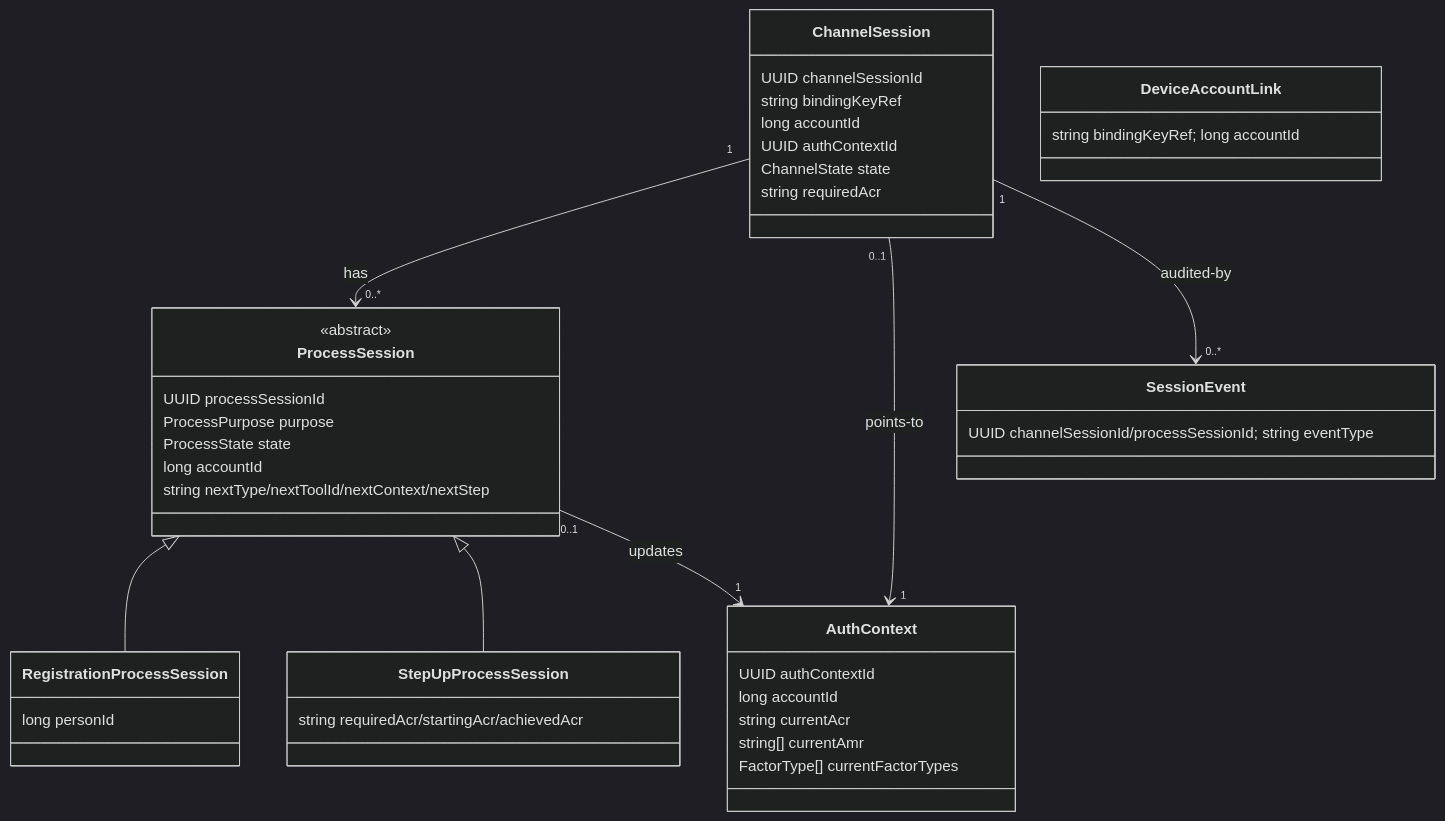
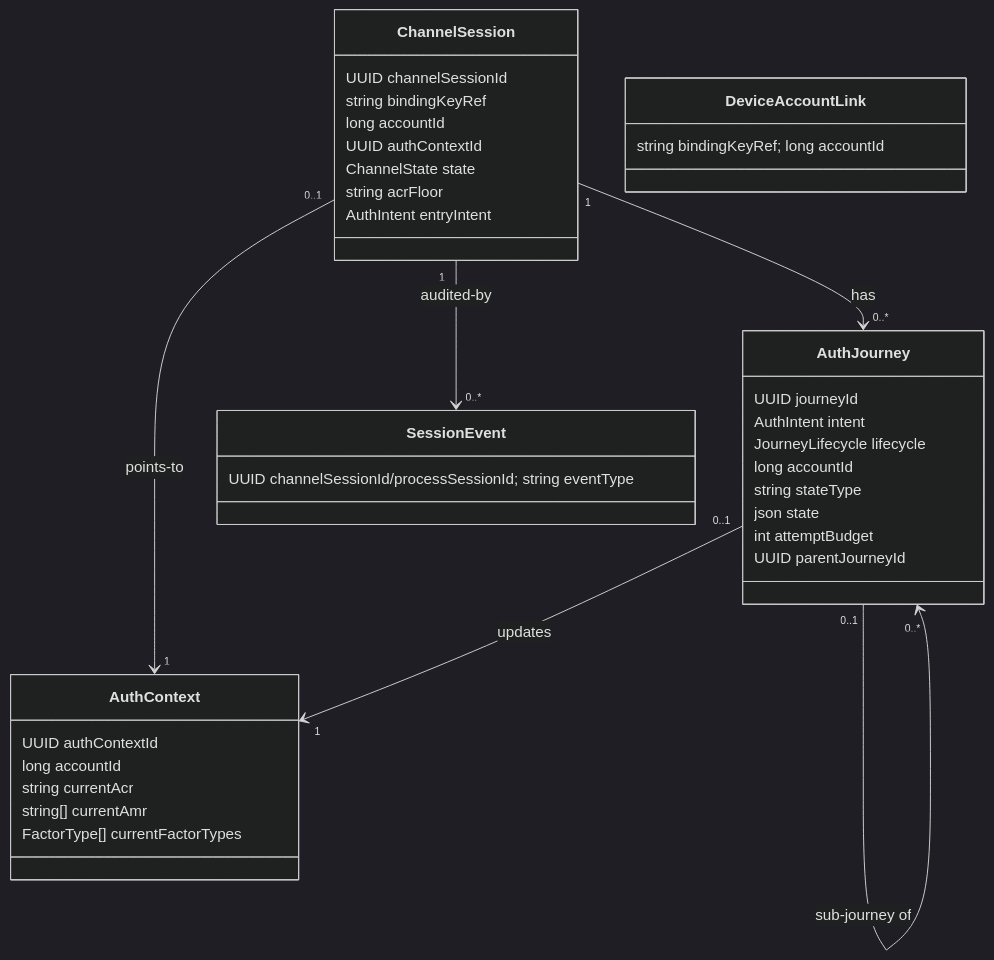
The first of 3 diagrams in docs/02-domaenenmodell.md (rpreissel/DPoP-demo), drawn with Mermaid (dark theme) before and after one commit. The commit also changed other lines of this file and 79 other files, not shown here.

````diff
--- a/docs/02-domaenenmodell.md
+++ b/docs/02-domaenenmodell.md
@@ -10,37 +10,37 @@
 ```mermaid
 classDiagram
   class ChannelSession {
     UUID channelSessionId
     string bindingKeyRef
     long accountId
     UUID authContextId
     ChannelState state
-    string requiredAcr
+    string acrFloor
+    AuthIntent entryIntent
   }
-  class ProcessSession {
-    <<abstract>>
-    UUID processSessionId
-    ProcessPurpose purpose
-    ProcessState state
+  class AuthJourney {
+    UUID journeyId
+    AuthIntent intent
+    JourneyLifecycle lifecycle
     long accountId
-    string nextType/nextToolId/nextContext/nextStep
+    string stateType
+    json state
+    int attemptBudget
+    UUID parentJourneyId
   }
-  class RegistrationProcessSession { long personId }
-  class StepUpProcessSession { string requiredAcr/startingAcr/achievedAcr }
   class DeviceAccountLink { string bindingKeyRef; long accountId }
   class AuthContext {
     UUID authContextId
     long accountId
     string currentAcr
     string[] currentAmr
     FactorType[] currentFactorTypes
   }
   class SessionEvent { UUID channelSessionId/processSessionId; string eventType }
 
-  ProcessSession <|-- RegistrationProcessSession
-  ProcessSession <|-- StepUpProcessSession
-  ChannelSession "1" --> "0..*" ProcessSession : has
+  ChannelSession "1" --> "0..*" AuthJourney : has
+  AuthJourney "0..1" --> "0..*" AuthJourney : sub-journey of
   ChannelSession "0..1" --> "1" AuthContext : points-to
-  ProcessSession "0..1" --> "1" AuthContext : updates
+  AuthJourney "0..1" --> "1" AuthContext : updates
   ChannelSession "1" --> "0..*" SessionEvent : audited-by
 ```
````
